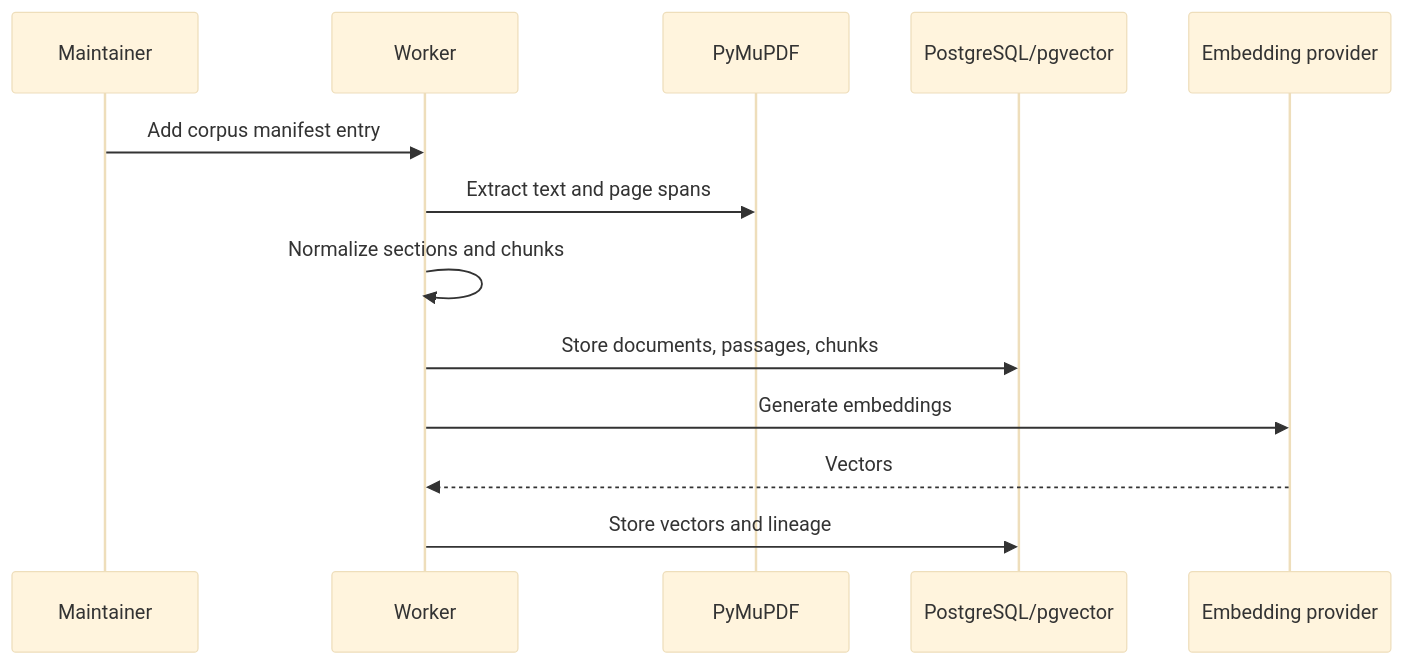
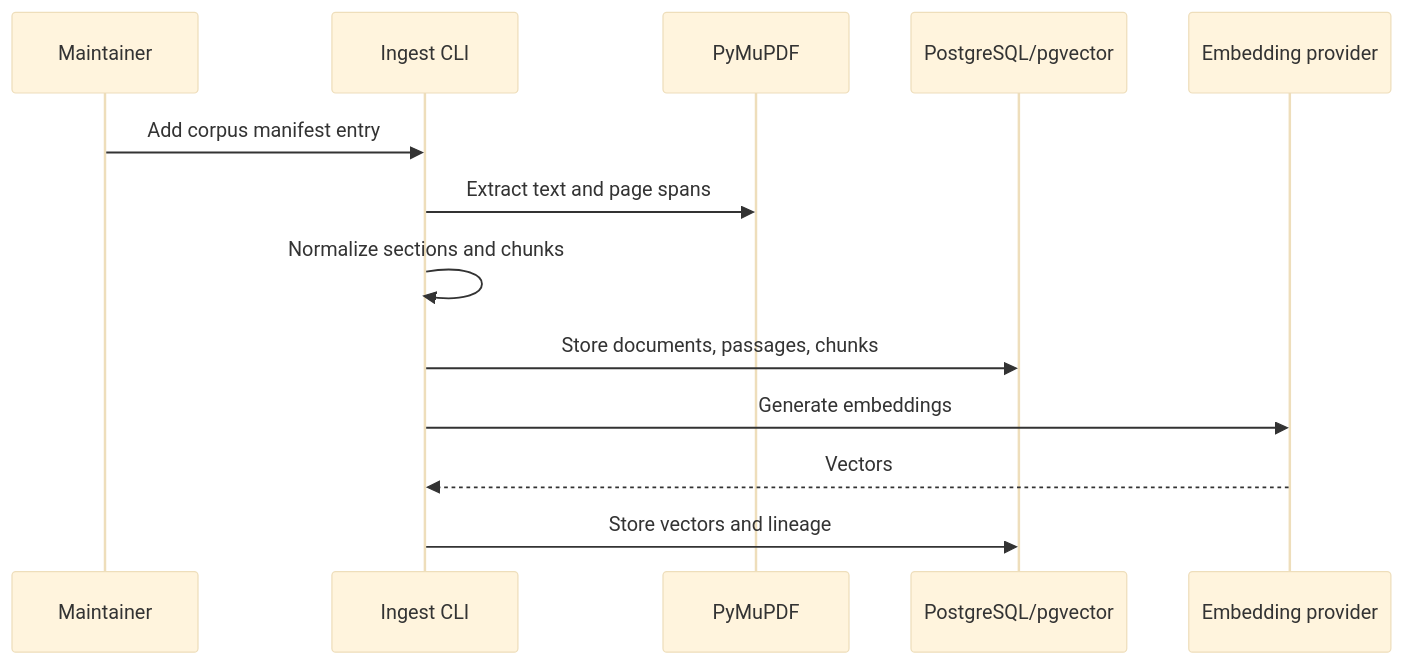
One commit to bluefate/spacebio-evidence-engine changed the third of 9 diagrams in design.md. Above: the diagram before and after it, drawn with Mermaid (base theme). The commit also changed other lines of this file and 41 other files, not shown here.

````diff
--- a/design.md
+++ b/design.md
@@ -75,15 +78,15 @@
 ```mermaid
 sequenceDiagram
   participant M as Maintainer
-  participant W as Worker
+  participant C as Ingest CLI
   participant P as PyMuPDF
   participant DB as PostgreSQL/pgvector
   participant E as Embedding provider
-  M->>W: Add corpus manifest entry
-  W->>P: Extract text and page spans
-  W->>W: Normalize sections and chunks
-  W->>DB: Store documents, passages, chunks
-  W->>E: Generate embeddings
-  E-->>W: Vectors
-  W->>DB: Store vectors and lineage
+  M->>C: Add corpus manifest entry
+  C->>P: Extract text and page spans
+  C->>C: Normalize sections and chunks
+  C->>DB: Store documents, passages, chunks
+  C->>E: Generate embeddings
+  E-->>C: Vectors
+  C->>DB: Store vectors and lineage
 ```
````
